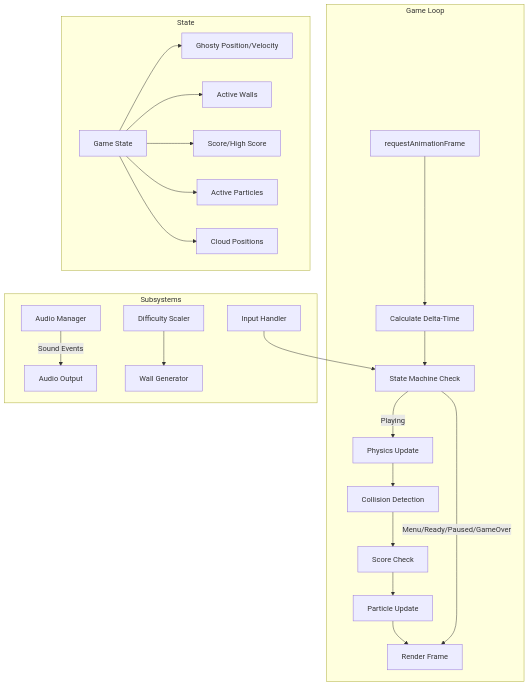
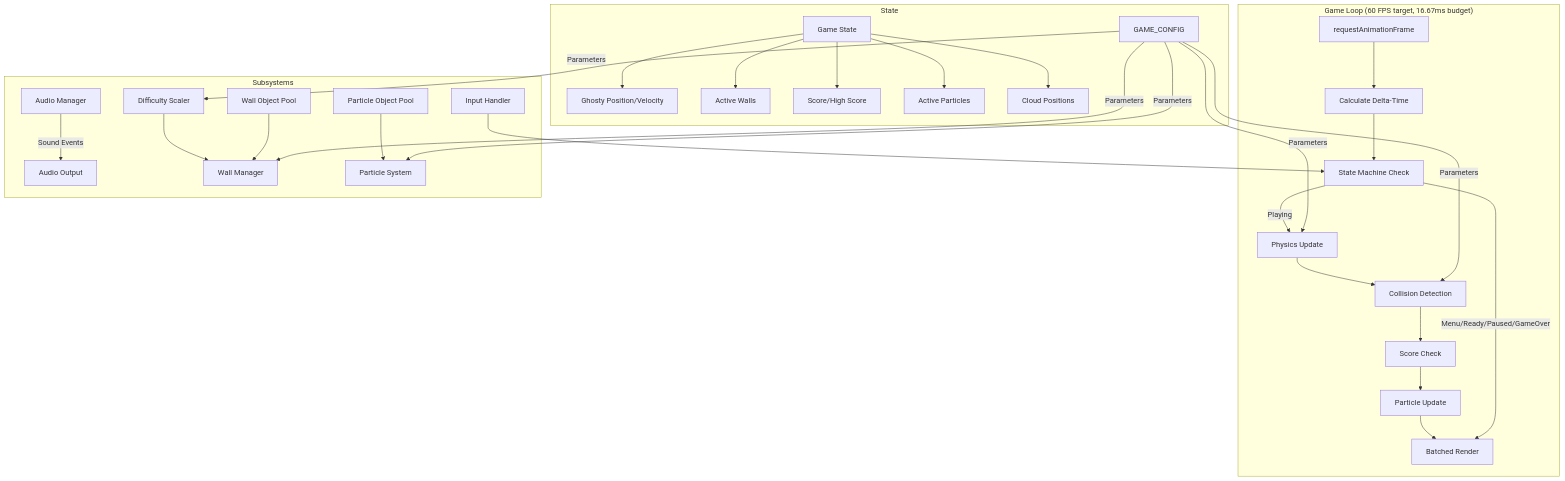
The first of 3 diagrams in .kiro/specs/flappy-kiro/design.md (KaelJP/KIROVERSE), drawn with Mermaid before and after one commit. The commit also changed other lines of this file and 8 other files, not shown here.

````diff
--- a/.kiro/specs/flappy-kiro/design.md
+++ b/.kiro/specs/flappy-kiro/design.md
@@ -18,27 +22,34 @@
 ```mermaid
 graph TD
-    subgraph "Game Loop"
+    subgraph "Game Loop (60 FPS target, 16.67ms budget)"
         RAF[requestAnimationFrame] --> DT[Calculate Delta-Time]
         DT --> SM[State Machine Check]
         SM -->|Playing| PHYS[Physics Update]
         PHYS --> COLL[Collision Detection]
         COLL --> SCORE[Score Check]
         SCORE --> PARTICLES[Particle Update]
-        PARTICLES --> RENDER[Render Frame]
+        PARTICLES --> RENDER[Batched Render]
         SM -->|Menu/Ready/Paused/GameOver| RENDER
     end
 
     subgraph "Subsystems"
         INPUT[Input Handler] --> SM
         AUDIO[Audio Manager] --> |Sound Events| SPEAKERS[Audio Output]
-        DIFFICULTY[Difficulty Scaler] --> WALLS[Wall Generator]
+        DIFFICULTY[Difficulty Scaler] --> WALLS[Wall Manager]
+        POOL_W[Wall Object Pool] --> WALLS
+        POOL_P[Particle Object Pool] --> PSYS[Particle System]
     end
 
     subgraph "State"
+        CONFIG[GAME_CONFIG] --> |Parameters| PHYS
+        CONFIG --> |Parameters| COLL
+        CONFIG --> |Parameters| WALLS
+        CONFIG --> |Parameters| PSYS
+        CONFIG --> |Parameters| DIFFICULTY
         GS[Game State] --> GHOSTY_STATE[Ghosty Position/Velocity]
         GS --> WALL_STATE[Active Walls]
         GS --> SCORE_STATE[Score/High Score]
         GS --> PARTICLE_STATE[Active Particles]
         GS --> CLOUD_STATE[Cloud Positions]
     end
 ```
````
